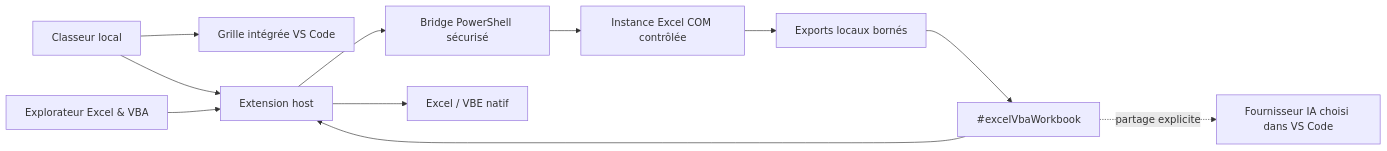
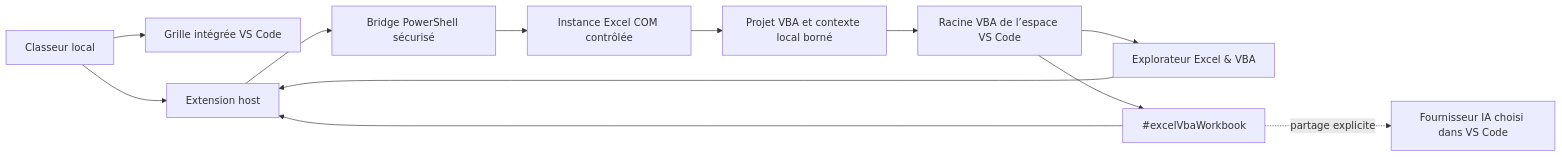
The diagram in README.md (StephaneSGL/excel-ai-vba-studio), drawn with Mermaid before and after one commit. The commit also changed other lines of this file and 27 other files, not shown here.

First line of the commit message:
feat(vba): add VS Code project studio

````diff
--- a/README.md
+++ b/README.md
@@ -102,13 +104,14 @@
 ```mermaid
 flowchart LR
   File["Classeur local"] --> Grid["Grille intégrée VS Code"]
   File --> Host["Extension host"]
   Explorer["Explorateur Excel & VBA"] --> Host
   Tool["#excelVbaWorkbook"] --> Host
   Host --> Bridge["Bridge PowerShell sécurisé"]
   Bridge --> Excel["Instance Excel COM contrôlée"]
-  Excel --> Export["Exports locaux bornés"]
-  Export --> Tool
-  Host --> Native["Excel / VBE natif"]
+  Excel --> Export["Projet VBA et contexte local borné"]
+  Export --> Workspace["Racine VBA de l’espace VS Code"]
+  Workspace --> Explorer
+  Workspace --> Tool
   Tool -. "partage explicite" .-> AI["Fournisseur IA choisi dans VS Code"]
 ```
````
